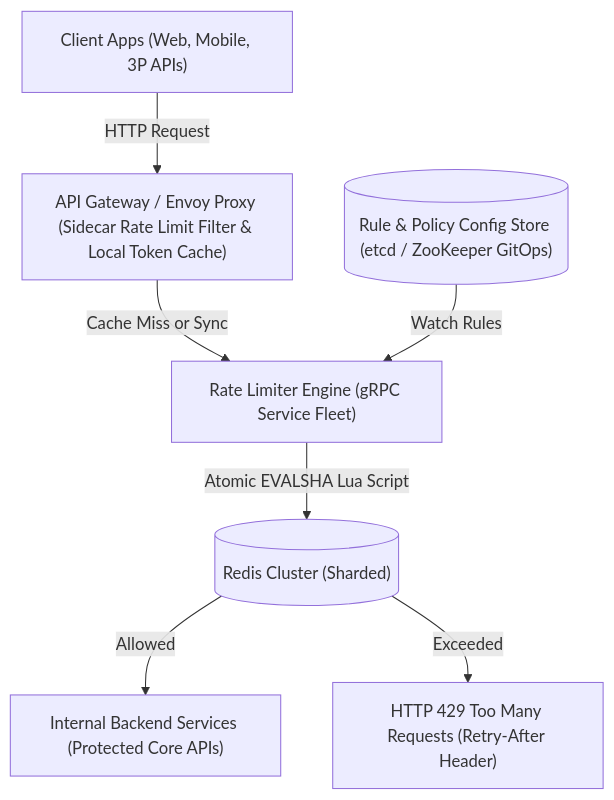
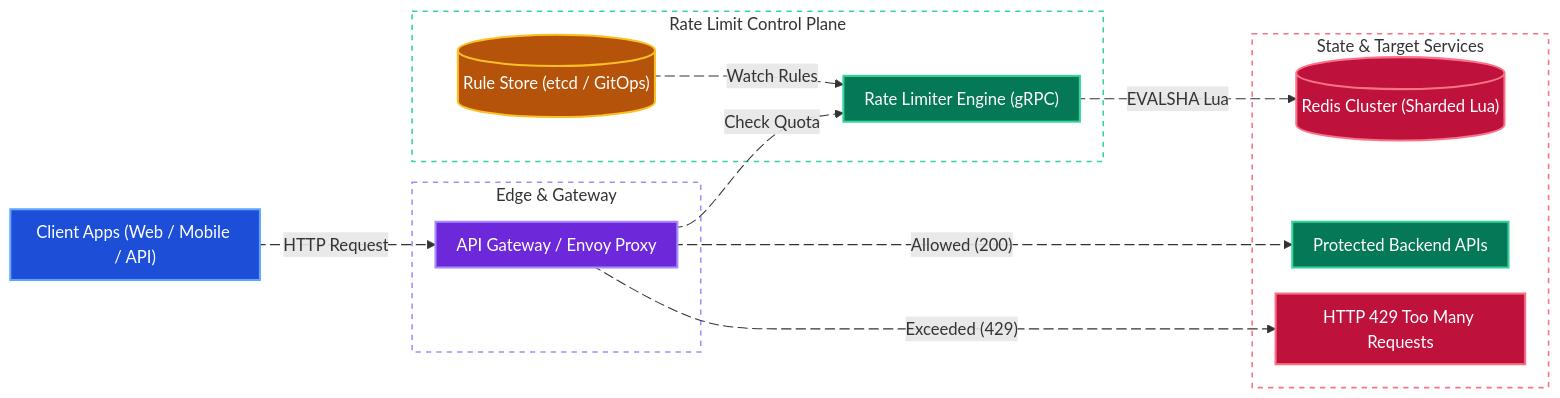
The first of 3 diagrams in system-design/rate-limiter.md (tarunbatta/tech-interview-prep), drawn with Mermaid before and after one commit. The commit also changed other lines of this file and 30 other files, not shown here.

First line of the commit message:
docs(system-design): convert Mermaid flowcharts to LR with colors and animated edges

````diff
--- a/system-design/rate-limiter.md
+++ b/system-design/rate-limiter.md
@@ -69,9 +69,46 @@
 ```mermaid
-flowchart TD
-    Clients["Client Apps (Web, Mobile, 3P APIs)"] -->|"HTTP Request"| Gateway["API Gateway / Envoy Proxy (Sidecar Rate Limit Filter & Local Token Cache)"]
-    Gateway -->|"Cache Miss or Sync"| RateEngine["Rate Limiter Engine (gRPC Service Fleet)"]
-    RuleStore[("Rule & Policy Config Store (etcd / ZooKeeper GitOps)")] -->|"Watch Rules"| RateEngine
-    RateEngine -->|"Atomic EVALSHA Lua Script"| Redis[("Redis Cluster (Sharded)")]
-    Redis -->|"Allowed"| Backends["Internal Backend Services (Protected Core APIs)"]
-    Redis -->|"Exceeded"| Reject["HTTP 429 Too Many Requests (Retry-After Header)"]
+%%{init: {'flowchart': {'nodeSpacing': 25, 'rankSpacing': 45, 'padding': 10}}}%%
+flowchart LR
+    Clients["Client Apps (Web / Mobile / API)"]
+    subgraph EdgeTier["Edge & Gateway"]
+        Gateway["API Gateway / Envoy Proxy"]
+    end
+    subgraph ControlTier["Rate Limit Control Plane"]
+        RateEngine["Rate Limiter Engine (gRPC)"]
+        RuleStore[("Rule Store (etcd / GitOps)")]
+    end
+    subgraph StateAndBackend["State & Target Services"]
+        Redis[("Redis Cluster (Sharded Lua)")]
+        Backends["Protected Backend APIs"]
+        Reject["HTTP 429 Too Many Requests"]
+    end
+    Clients e1@-->|"HTTP Request"| Gateway
+    Gateway e2@-->|"Check Quota"| RateEngine
+    RuleStore e3@-->|"Watch Rules"| RateEngine
+    RateEngine e4@-->|"EVALSHA Lua"| Redis
+    Gateway e5@-->|"Allowed (200)"| Backends
+    Gateway e6@-->|"Exceeded (429)"| Reject
+
+    e1@{ animate: true }
+    e2@{ animate: true }
+    e3@{ animate: true }
+    e4@{ animate: true }
+    e5@{ animate: true }
+    e6@{ animate: true }
+
+    classDef client fill:#1d4ed8,stroke:#60a5fa,stroke-width:2px,color:#ffffff
+    classDef edge fill:#6d28d9,stroke:#a78bfa,stroke-width:2px,color:#ffffff
+    classDef service fill:#047857,stroke:#34d399,stroke-width:2px,color:#ffffff
+    classDef cache fill:#be123c,stroke:#fb7185,stroke-width:2px,color:#ffffff
+    classDef storage fill:#b45309,stroke:#fbbf24,stroke-width:2px,color:#ffffff
+
+    class Clients client
+    class Gateway edge
+    class RateEngine,Backends service
+    class Redis,Reject cache
+    class RuleStore storage
+
+    style EdgeTier fill:transparent,stroke:#a78bfa,stroke-width:1.5px,stroke-dasharray: 5 5
+    style ControlTier fill:transparent,stroke:#34d399,stroke-width:1.5px,stroke-dasharray: 5 5
+    style StateAndBackend fill:transparent,stroke:#fb7185,stroke-width:1.5px,stroke-dasharray: 5 5
 ```
````
